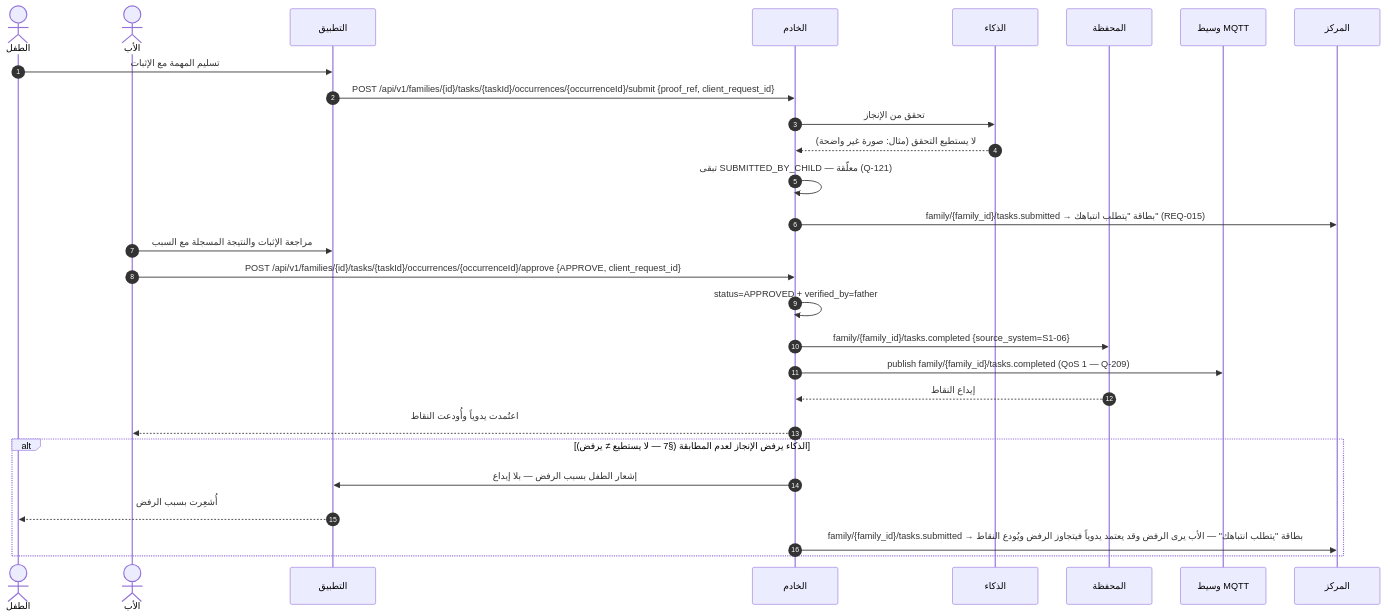
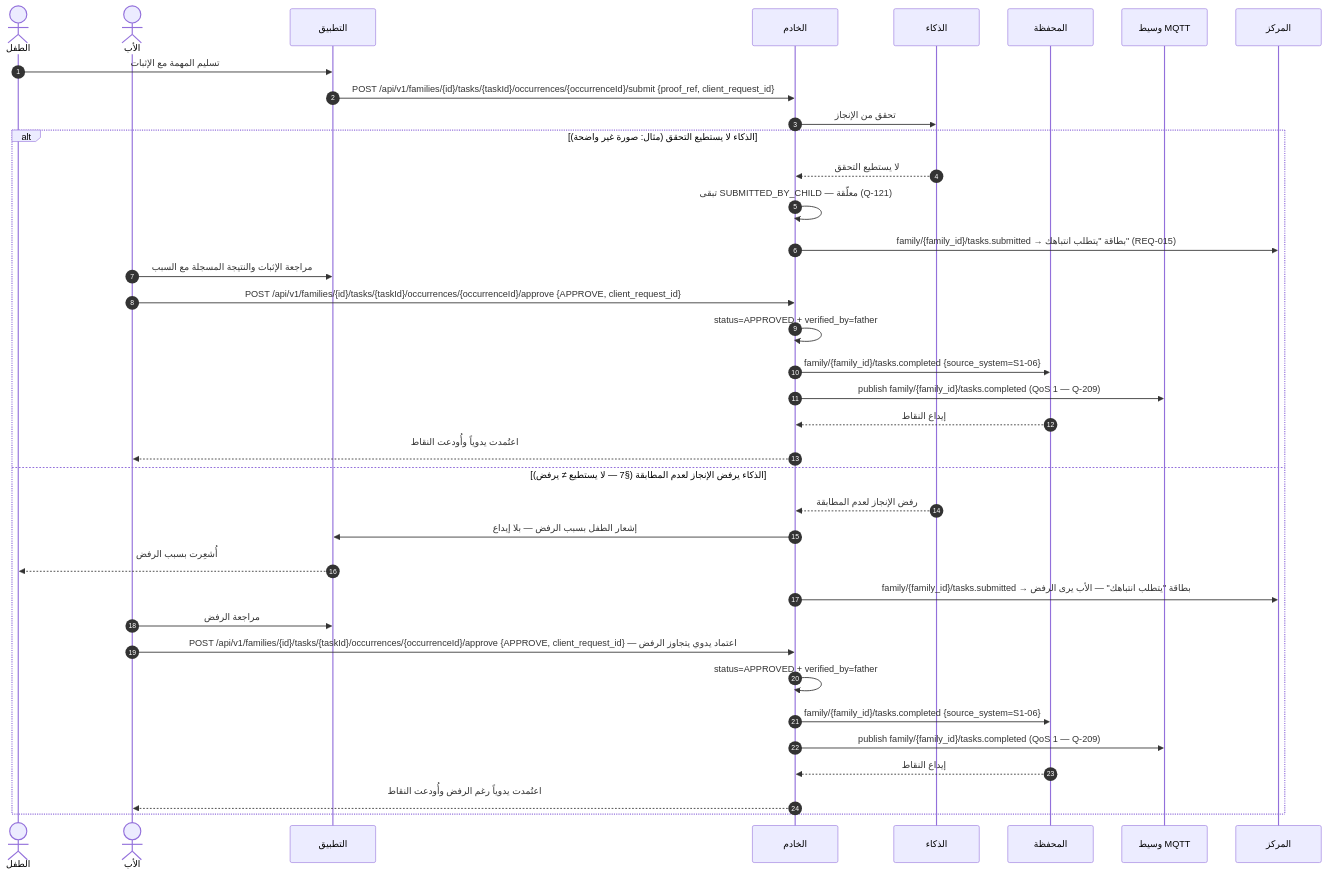
The fifth of 12 diagrams in docs/family-os/governance/phases/phase-1/S1-06-tasks-and-calendar/DIAGRAMS.md (Bassam-mohammed-alqaeadi/family-os-v2), drawn with Mermaid before and after one commit. The commit also changed other lines of this file, not shown here.

Commit message:
S1-06 DIAGRAMS: إصلاحات D-2 — Q-282 تفعيل التكرار صراحةً في 3-هـ؛ version في ERD (task + calendar_event)؛ Q-253 عواقب الإلغاء + فرع إلغاء في §6؛ 3-ب مخزن الإثبات؛ 3-ج بديل الرفض يتفرع من التحقق + اعتماد الأب داخله؛ MinIO --> UC5؛ أوسمة REQ-003/011/012/013

````diff
--- a/docs/family-os/governance/phases/phase-1/S1-06-tasks-and-calendar/DIAGRAMS.md
+++ b/docs/family-os/governance/phases/phase-1/S1-06-tasks-and-calendar/DIAGRAMS.md
@@ -241,30 +243,39 @@
 ```mermaid
 sequenceDiagram
     autonumber
     actor Child as الطفل
     actor Father as الأب
     participant App as التطبيق
     participant Ktor as الخادم
     participant AI as الذكاء
     participant S105 as المحفظة
     participant MQTT as وسيط MQTT
     participant S109 as المركز
     Child->>App: تسليم المهمة مع الإثبات
     App->>Ktor: POST /api/v1/families/{id}/tasks/{taskId}/occurrences/{occurrenceId}/submit {proof_ref, client_request_id}
     Ktor->>AI: تحقق من الإنجاز
-    AI-->>Ktor: لا يستطيع التحقق (مثال: صورة غير واضحة)
-    Ktor->>Ktor: تبقى SUBMITTED_BY_CHILD — معلّقة (Q-121)
-    Ktor->>S109: family/{family_id}/tasks.submitted → بطاقة "يتطلب انتباهك" (REQ-015)
-    Father->>App: مراجعة الإثبات والنتيجة المسجلة مع السبب
-    Father->>Ktor: POST /api/v1/families/{id}/tasks/{taskId}/occurrences/{occurrenceId}/approve {APPROVE, client_request_id}
-    Ktor->>Ktor: status=APPROVED + verified_by=father
-    Ktor->>S105: family/{family_id}/tasks.completed {source_system=S1-06}
-    Ktor->>MQTT: publish family/{family_id}/tasks.completed (QoS 1 — Q-209)
-    S105-->>Ktor: إيداع النقاط
-    Ktor-->>Father: اعتُمدت يدوياً وأُودعت النقاط
-    alt الذكاء يرفض الإنجاز لعدم المطابقة (§7 — لا يستطيع ≠ يرفض)
+    alt الذكاء لا يستطيع التحقق (مثال: صورة غير واضحة)
+        AI-->>Ktor: لا يستطيع التحقق
+        Ktor->>Ktor: تبقى SUBMITTED_BY_CHILD — معلّقة (Q-121)
+        Ktor->>S109: family/{family_id}/tasks.submitted → بطاقة "يتطلب انتباهك" (REQ-015)
+        Father->>App: مراجعة الإثبات والنتيجة المسجلة مع السبب
+        Father->>Ktor: POST /api/v1/families/{id}/tasks/{taskId}/occurrences/{occurrenceId}/approve {APPROVE, client_request_id}
+        Ktor->>Ktor: status=APPROVED + verified_by=father
+        Ktor->>S105: family/{family_id}/tasks.completed {source_system=S1-06}
+        Ktor->>MQTT: publish family/{family_id}/tasks.completed (QoS 1 — Q-209)
+        S105-->>Ktor: إيداع النقاط
+        Ktor-->>Father: اعتُمدت يدوياً وأُودعت النقاط
+    else الذكاء يرفض الإنجاز لعدم المطابقة (§7 — لا يستطيع ≠ يرفض)
+        AI-->>Ktor: رفض الإنجاز لعدم المطابقة
         Ktor->>App: إشعار الطفل بسبب الرفض — بلا إيداع
         App-->>Child: أُشعِرت بسبب الرفض
-        Ktor->>S109: family/{family_id}/tasks.submitted → بطاقة "يتطلب انتباهك" — الأب يرى الرفض وقد يعتمد يدوياً فيتجاوز الرفض ويُودع النقاط
+        Ktor->>S109: family/{family_id}/tasks.submitted → بطاقة "يتطلب انتباهك" — الأب يرى الرفض
+        Father->>App: مراجعة الرفض
+        Father->>Ktor: POST /api/v1/families/{id}/tasks/{taskId}/occurrences/{occurrenceId}/approve {APPROVE, client_request_id} — اعتماد يدوي يتجاوز الرفض
+        Ktor->>Ktor: status=APPROVED + verified_by=father
+        Ktor->>S105: family/{family_id}/tasks.completed {source_system=S1-06}
+        Ktor->>MQTT: publish family/{family_id}/tasks.completed (QoS 1 — Q-209)
+        S105-->>Ktor: إيداع النقاط
+        Ktor-->>Father: اعتُمدت يدوياً رغم الرفض وأُودعت النقاط
     end
 ```
````
